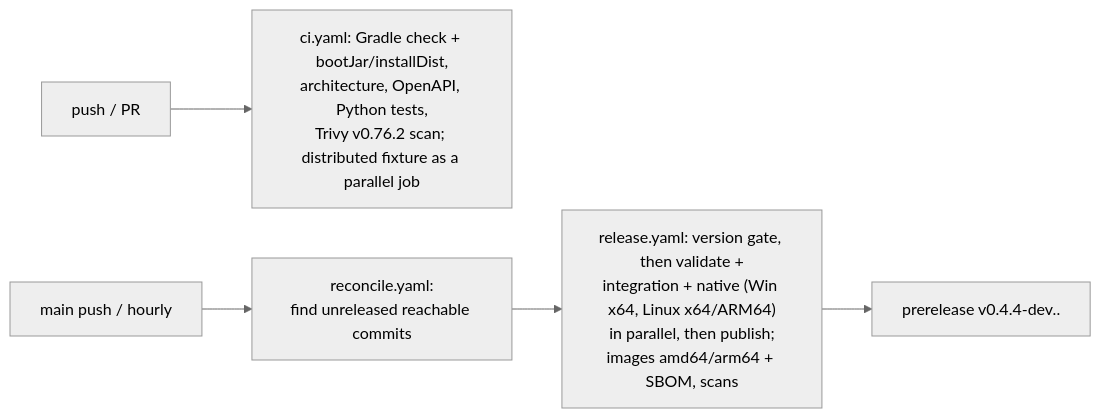
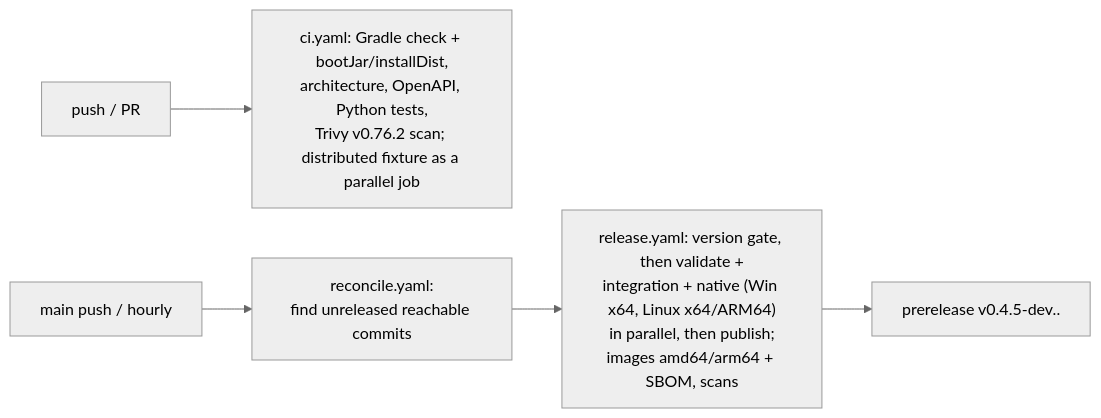
Diagram 12 of 12 in docs/GUIDE.md (athegreat90/minecraft-modsync), drawn with Mermaid (neutral theme) before and after one commit. The commit also changed 46 other files, not shown here.

````diff
--- a/docs/GUIDE.md
+++ b/docs/GUIDE.md
@@ -384,7 +384,7 @@
 ```mermaid
 flowchart LR
   PR[push / PR] --> CI["ci.yaml: Gradle check + bootJar/installDist,\narchitecture, OpenAPI, Python tests,\nTrivy v0.76.2 scan; distributed fixture as a parallel job"]
   main[main push / hourly] --> REC["reconcile.yaml:\nfind unreleased reachable commits"]
   REC --> REL["release.yaml: version gate, then validate +\nintegration + native (Win x64, Linux x64/ARM64)\nin parallel, then publish;\nimages amd64/arm64 + SBOM, scans"]
-  REL --> PRE["prerelease v0.4.4-dev.<time>.<sha>"]
+  REL --> PRE["prerelease v0.4.5-dev.<time>.<sha>"]
 ```
````
